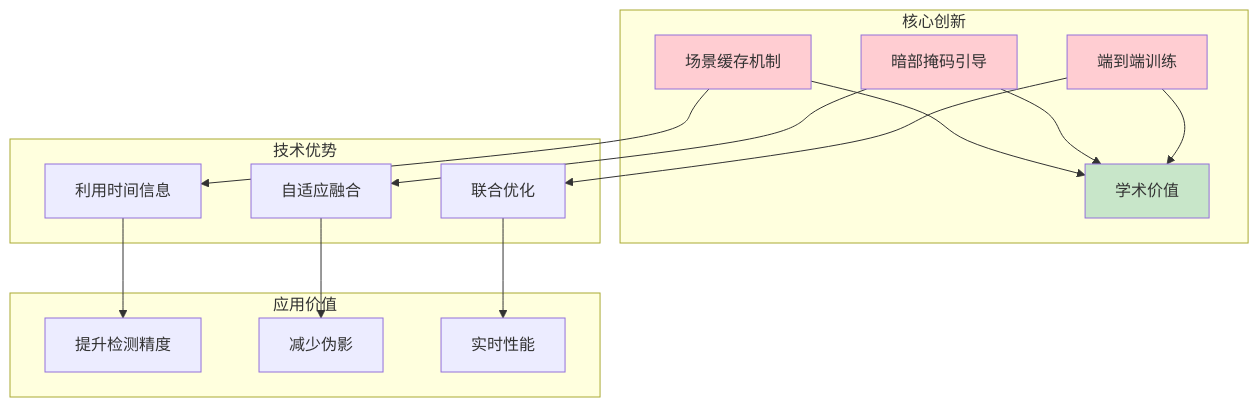
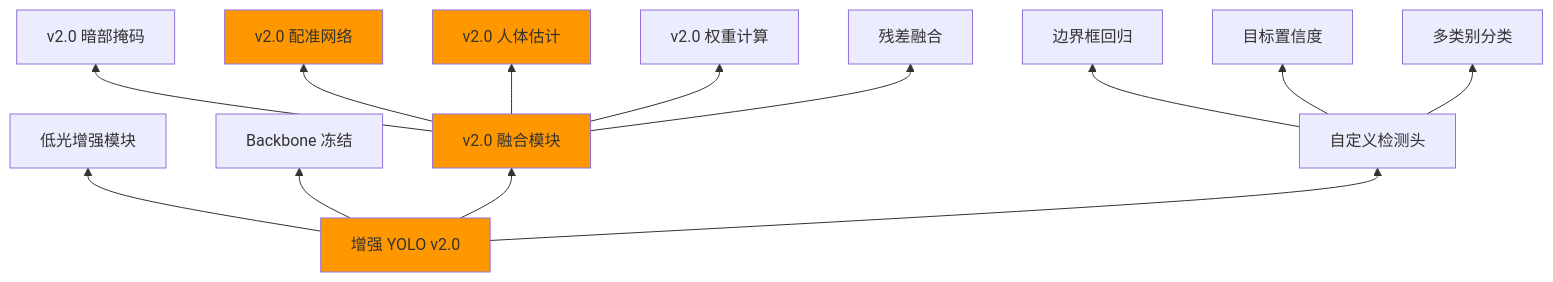
One commit to moonway0127/yolo_low_light_enhance changed diagram 14 of 14 in README.md. Above: the diagram before and after it, drawn with Mermaid. The commit also changed other lines of this file and 1 other file, not shown here.

````diff
--- a/README.md
+++ b/README.md
@@ -360,25 +464,22 @@
 ```mermaid
-graph TB
-    subgraph 核心创新
-        A[场景缓存机制] --> D[学术价值]
-        B[暗部掩码引导] --> D
-        C[端到端训练] --> D
-    end
+graph BT
+    A[增强 YOLO v2.0] --> B[低光增强模块]
+    A --> C[Backbone 冻结]
+    A --> D[v2.0 融合模块]
+    A --> E[自定义检测头]
     
-    subgraph 技术优势
-        A --> E[利用时间信息]
-        B --> F[自适应融合]
-        C --> G[联合优化]
-    end
+    D --> F[v2.0 暗部掩码]
+    D --> G[v2.0 配准网络]
+    D --> H[v2.0 人体估计]
+    D --> I[v2.0 权重计算]
+    D --> J[残差融合]
     
-    subgraph 应用价值
-        E --> H[提升检测精度]
-        F --> I[减少伪影]
-        G --> J[实时性能]
-    end
+    E --> K[边界框回归]
+    E --> L[目标置信度]
+    E --> M[多类别分类]
     
-    style A fill:#ffcdd2
-    style B fill:#ffcdd2
-    style C fill:#ffcdd2
-    style D fill:#c8e6c9
+    style A fill:#ff9800
+    style D fill:#ff9800
+    style G fill:#ff9800
+    style H fill:#ff9800
 ```
````
